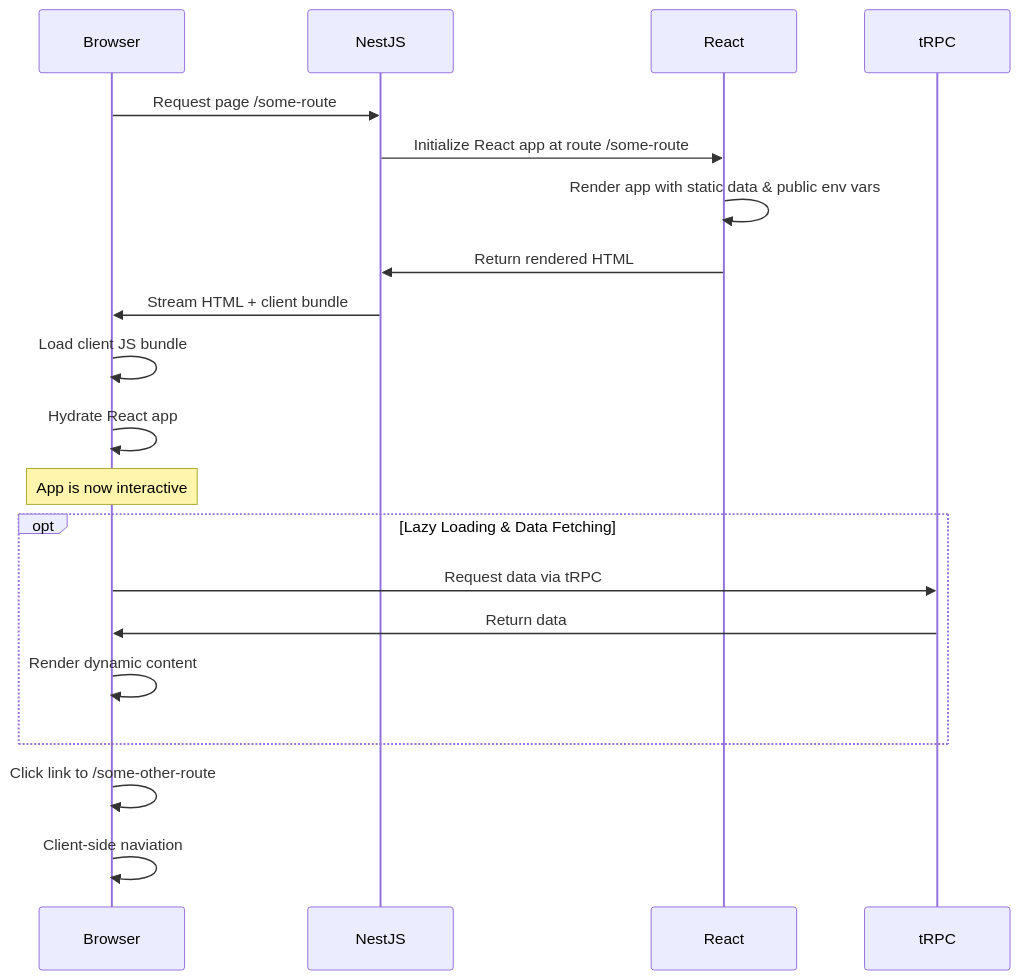
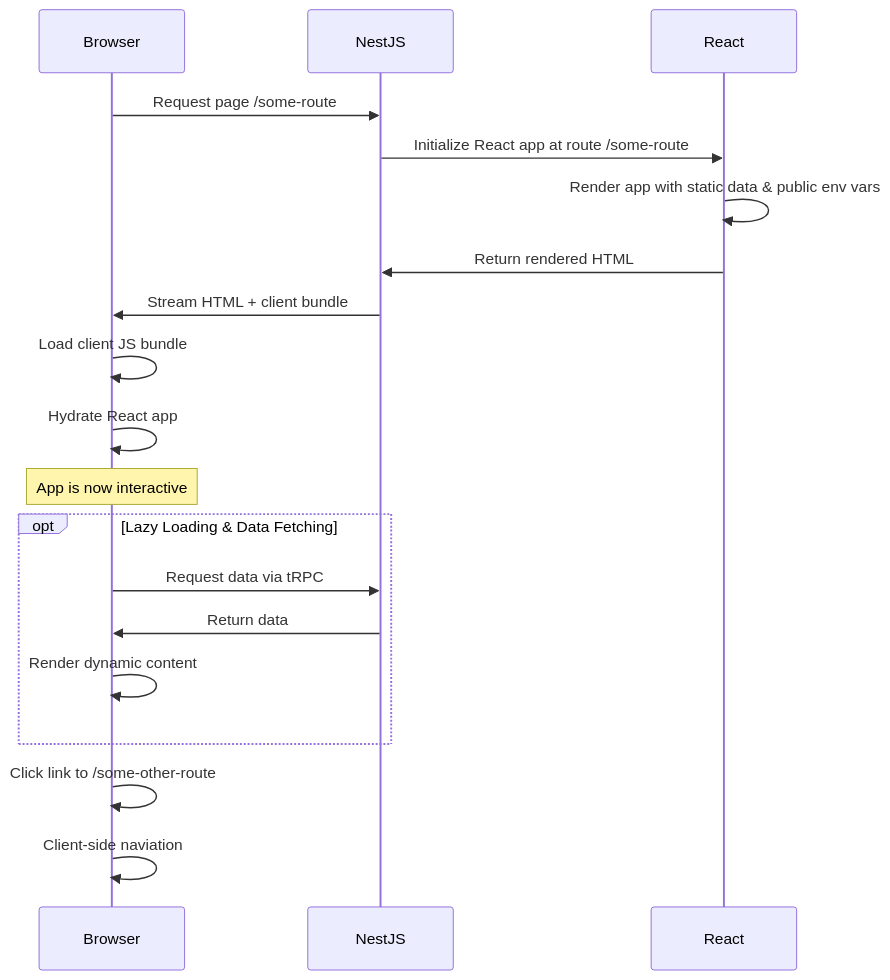
One commit to mjftw/fullstack-ts-starter changed the diagram in apps/api/README.md. Above: the diagram before and after it, drawn with Mermaid.

````diff
--- a/apps/api/README.md
+++ b/apps/api/README.md
@@ -398,25 +398,24 @@
 ```mermaid
 sequenceDiagram
     participant Browser
     participant NestJS
     participant React
-    participant tRPC
 
     Browser->>NestJS: Request page /some-route
     NestJS->>React: Initialize React app at route /some-route
     React->>React: Render app with static data & public env vars
     React->>NestJS: Return rendered HTML
     NestJS->>Browser: Stream HTML + client bundle
     Browser->>Browser: Load client JS bundle
     Browser->>Browser: Hydrate React app
     Note over Browser: App is now interactive
 
     opt Lazy Loading & Data Fetching
-        Browser->>tRPC: Request data via tRPC
-        tRPC->>Browser: Return data
+        Browser->>NestJS: Request data via tRPC
+        NestJS->>Browser: Return data
         Browser->>Browser: Render dynamic content
     end
 
     Browser->>Browser: Click link to /some-other-route
     Browser->>Browser: Client-side naviation
 ```
````
